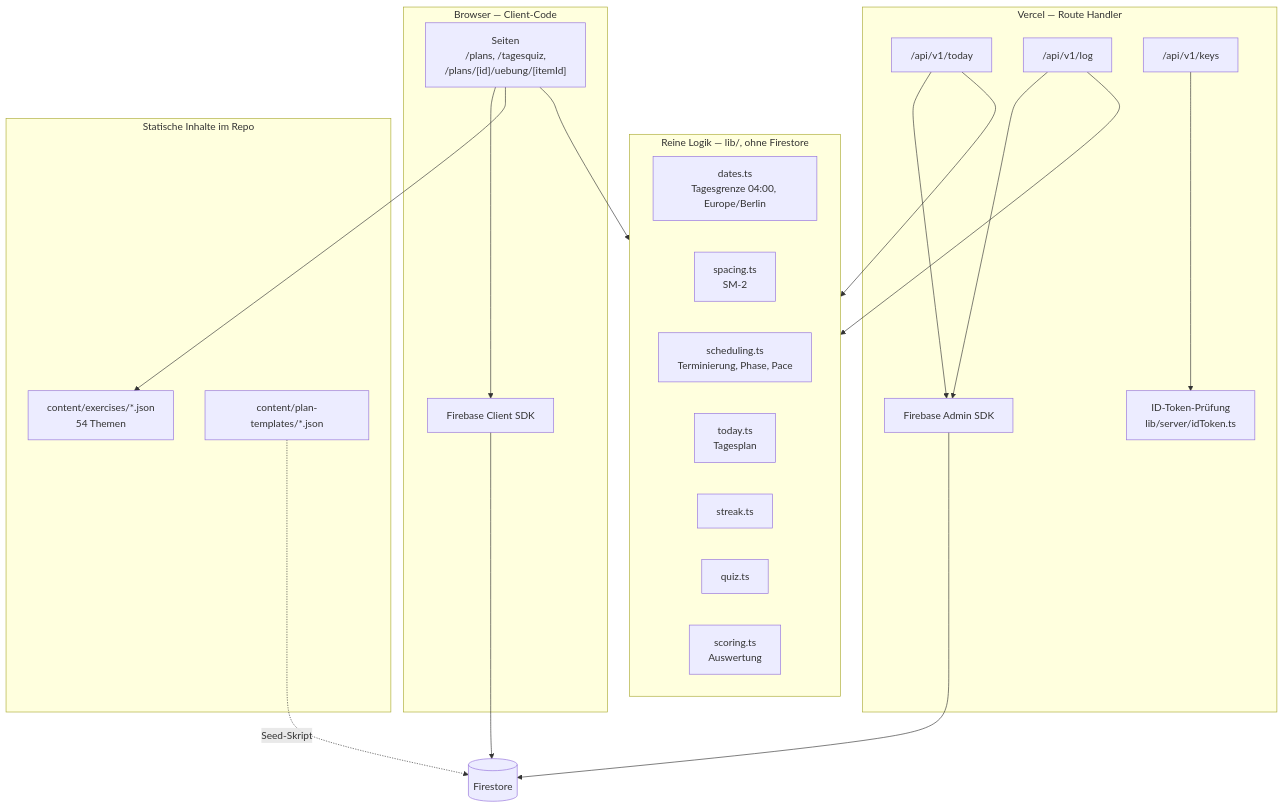
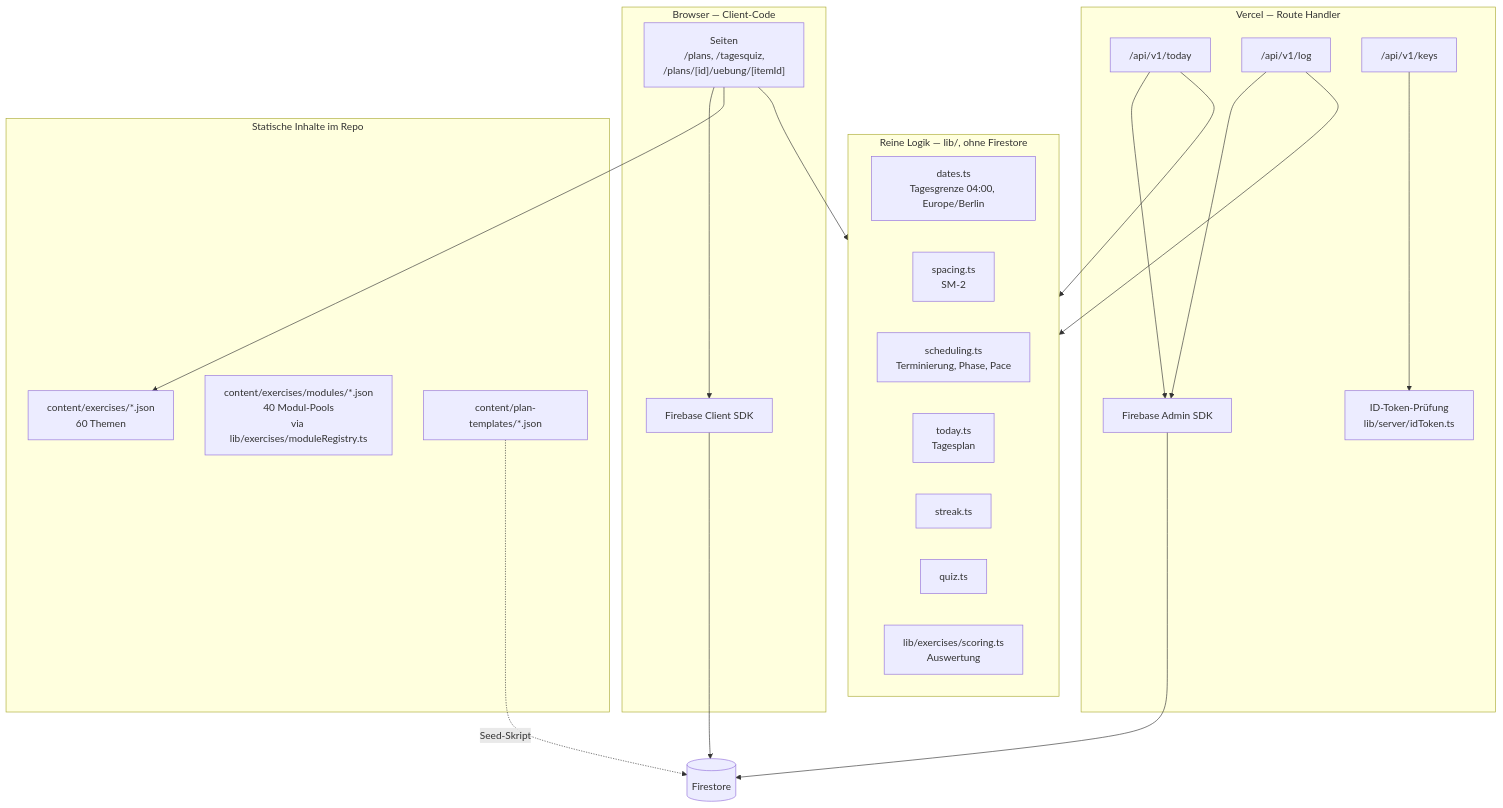
One commit to MaxAmoService/LearnHub changed the second of 5 diagrams in docs/ARCHITECTURE.md. Above: the diagram before and after it, drawn with Mermaid. The commit also changed other lines of this file and 20 other files, not shown here.

````diff
--- a/docs/ARCHITECTURE.md
+++ b/docs/ARCHITECTURE.md
@@ -45,44 +45,45 @@
 ```mermaid
 flowchart TB
     subgraph browser["Browser — Client-Code"]
         pages["Seiten<br/>/plans, /tagesquiz,<br/>/plans/[id]/uebung/[itemId]"]
         clientsdk["Firebase Client SDK"]
     end
 
     subgraph server["Vercel — Route Handler"]
         today["/api/v1/today"]
         log["/api/v1/log"]
         keys["/api/v1/keys"]
         adminsdk["Firebase Admin SDK"]
         idtoken["ID-Token-Prüfung<br/>lib/server/idToken.ts"]
     end
 
     subgraph logic["Reine Logik — lib/, ohne Firestore"]
         dates["dates.ts<br/>Tagesgrenze 04:00, Europe/Berlin"]
         spacing["spacing.ts<br/>SM-2"]
         scheduling["scheduling.ts<br/>Terminierung, Phase, Pace"]
         todaylib["today.ts<br/>Tagesplan"]
         streak["streak.ts"]
         quiz["quiz.ts"]
-        scoring["scoring.ts<br/>Auswertung"]
+        scoring["lib/exercises/scoring.ts<br/>Auswertung"]
     end
 
     subgraph content["Statische Inhalte im Repo"]
-        exercises["content/exercises/*.json<br/>54 Themen"]
+        exercises["content/exercises/*.json<br/>60 Themen"]
+        modules["content/exercises/modules/*.json<br/>40 Modul-Pools<br/>via lib/exercises/moduleRegistry.ts"]
         templates["content/plan-templates/*.json"]
     end
 
     firestore[("Firestore")]
 
     pages --> clientsdk --> firestore
     pages --> logic
     pages --> exercises
 
     today --> adminsdk --> firestore
     log --> adminsdk
     keys --> idtoken
     today --> logic
     log --> logic
 
     templates -.->|"Seed-Skript"| firestore
 ```
````
